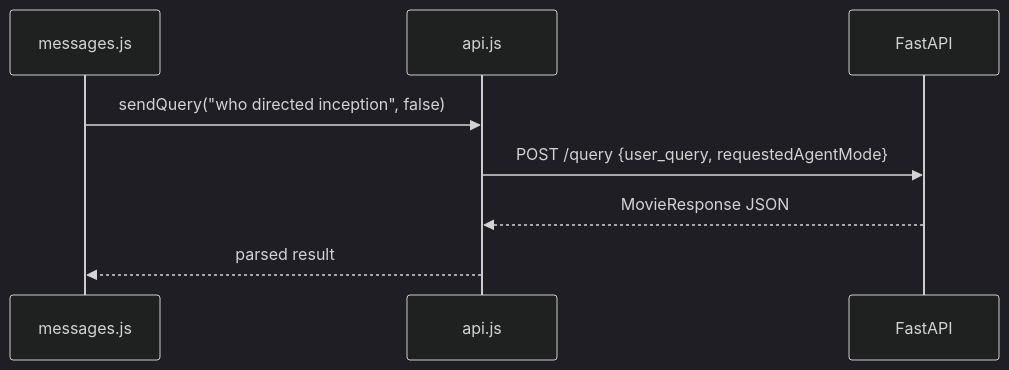
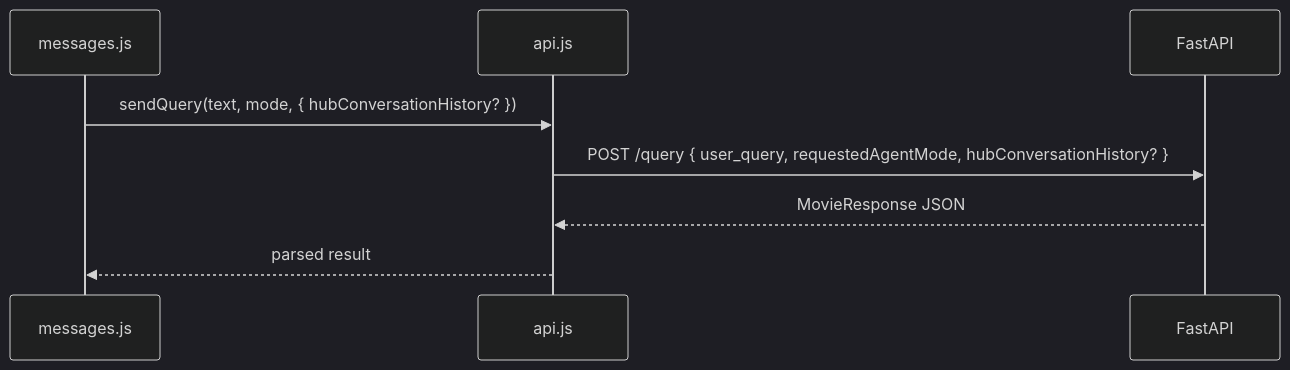
The fourth of 12 diagrams in docs/features/web/WEB_FRONTEND.md (mayad123/movieAgent), drawn with Mermaid (dark theme) before and after one commit. The commit also changed other lines of this file and 128 other files, not shown here.

````diff
--- a/docs/features/web/WEB_FRONTEND.md
+++ b/docs/features/web/WEB_FRONTEND.md
@@ -213,11 +234,11 @@
 ```mermaid
 sequenceDiagram
     participant UI as messages.js
     participant API as api.js
     participant Backend as FastAPI
 
-    UI->>API: sendQuery("who directed inception", false)
-    API->>Backend: POST /query {user_query, requestedAgentMode}
+    UI->>API: sendQuery(text, mode, { hubConversationHistory? })
+    API->>Backend: POST /query { user_query, requestedAgentMode, hubConversationHistory? }
     Backend-->>API: MovieResponse JSON
     API-->>UI: parsed result
 ```
````
